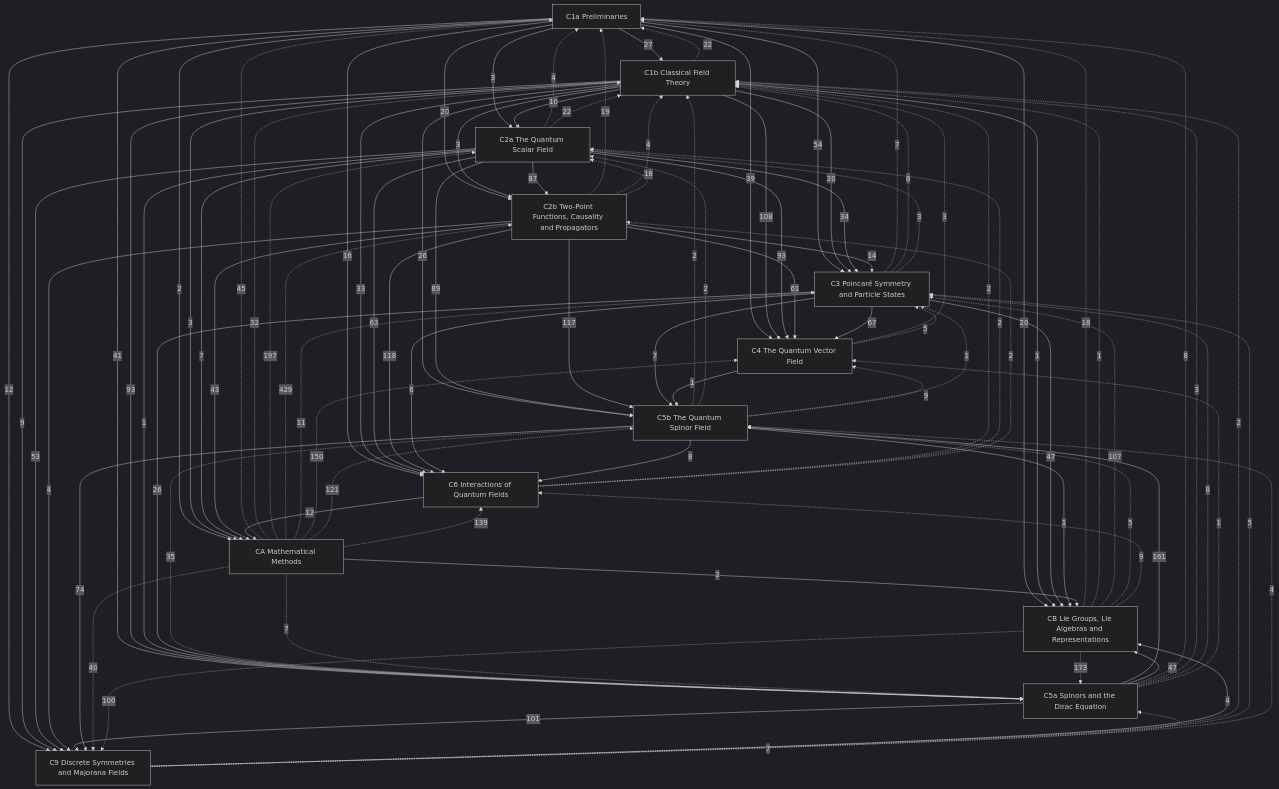
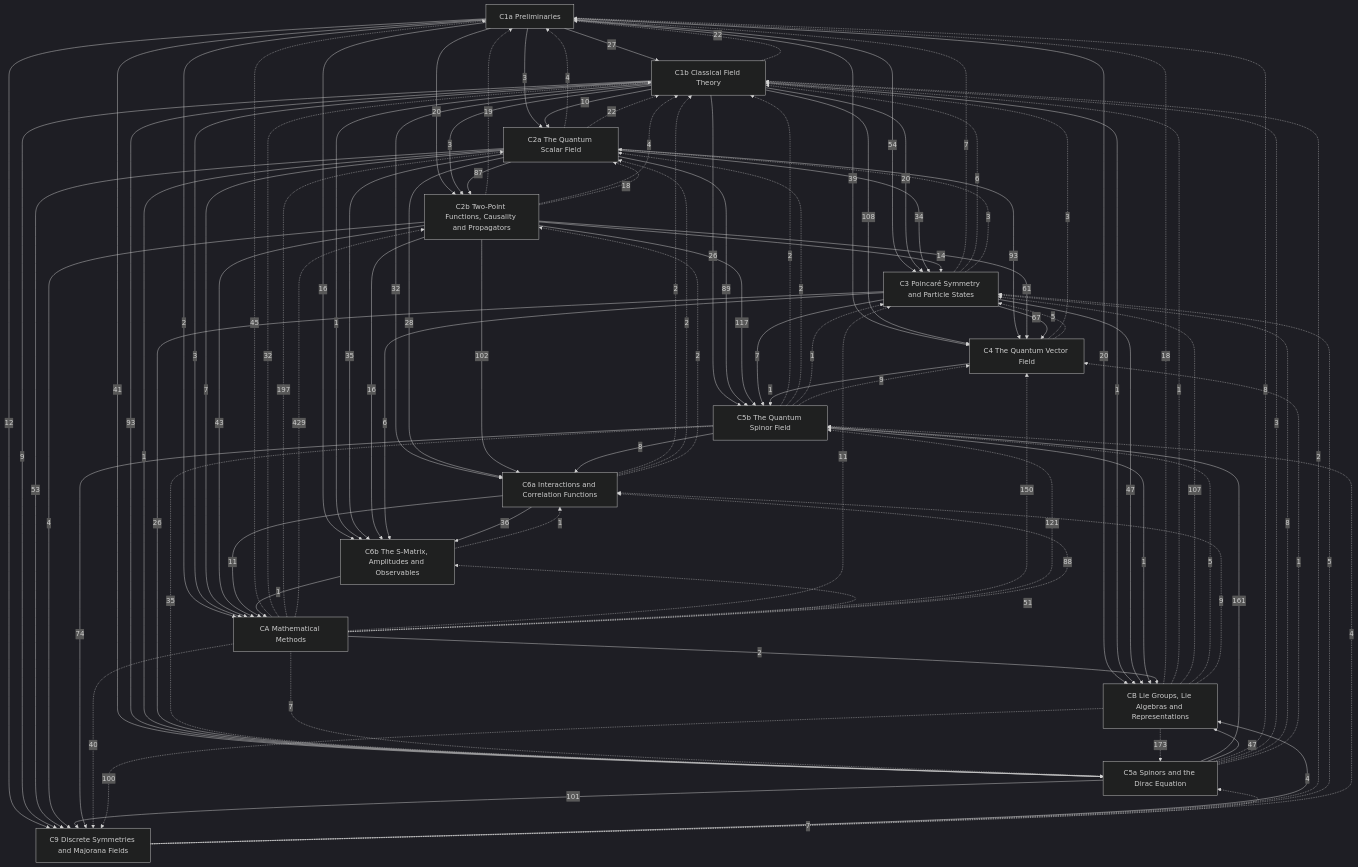
One commit to Onion20040508/notes changed the diagram in Physics/Quantum Field Theory/Quantum Field Theory.md. Above: the diagram before and after it, drawn with Mermaid (dark theme). The commit also changed other lines of this file and 152 other files, not shown here.

````diff
--- a/Physics/Quantum Field Theory/Quantum Field Theory.md
+++ b/Physics/Quantum Field Theory/Quantum Field Theory.md
@@ -38,7 +39,8 @@
   C4["C4 The Quantum Vector Field"]
   C5a["C5a Spinors and the Dirac Equation"]
   C5b["C5b The Quantum Spinor Field"]
-  C6["C6 Interactions of Quantum Fields"]
+  C6a["C6a Interactions and Correlation Functions"]
+  C6b["C6b The S-Matrix, Amplitudes and Observables"]
   C9["C9 Discrete Symmetries and Majorana Fields"]
   CA["CA Mathematical Methods"]
   CB["CB Lie Groups, Lie Algebras and Representations"]
@@ -67,12 +69,16 @@
   C3 -->|7| C5b
   C4 -->|1| C5b
   C5a -->|161| C5b
-  C1a -->|16| C6
-  C1b -->|33| C6
-  C2a -->|63| C6
-  C2b -->|118| C6
-  C3 -->|6| C6
-  C5b -->|8| C6
+  C1b -->|32| C6a
+  C2a -->|28| C6a
+  C2b -->|102| C6a
+  C5b -->|8| C6a
+  C1a -->|16| C6b
+  C1b -->|1| C6b
+  C2a -->|35| C6b
+  C2b -->|16| C6b
+  C3 -->|6| C6b
+  C6a -->|36| C6b
   C1a -->|12| C9
   C1b -->|9| C9
   C2a -->|53| C9
@@ -83,7 +89,8 @@
   C1b -->|3| CA
   C2a -->|7| CA
   C2b -->|43| CA
-  C6 -->|12| CA
+  C6a -->|11| CA
+  C6b -->|1| CA
   C1a -->|20| CB
   C1b -->|1| CB
   C3 -->|47| CB
@@ -104,16 +111,16 @@
   C4 -.->|3| C1b
   C5a -.->|3| C1b
   C5b -.->|2| C1b
-  C6 -.->|2| C1b
+  C6a -.->|2| C1b
   C9 -.->|2| C1b
   CA -.->|32| C1b
   CB -.->|1| C1b
   C2b -.->|18| C2a
   C3 -.->|3| C2a
   C5b -.->|2| C2a
-  C6 -.->|2| C2a
+  C6a -.->|2| C2a
   CA -.->|197| C2a
-  C6 -.->|2| C2b
+  C6a -.->|2| C2b
   CA -.->|429| C2b
   C4 -.->|5| C3
   C5a -.->|8| C3
@@ -131,8 +138,10 @@
   C9 -.->|4| C5b
   CA -.->|121| C5b
   CB -.->|5| C5b
-  CA -.->|139| C6
-  CB -.->|9| C6
+  C6b -.->|1| C6a
+  CA -.->|88| C6a
+  CB -.->|9| C6a
+  CA -.->|51| C6b
   CA -.->|40| C9
   CB -.->|100| C9
 ```
````
